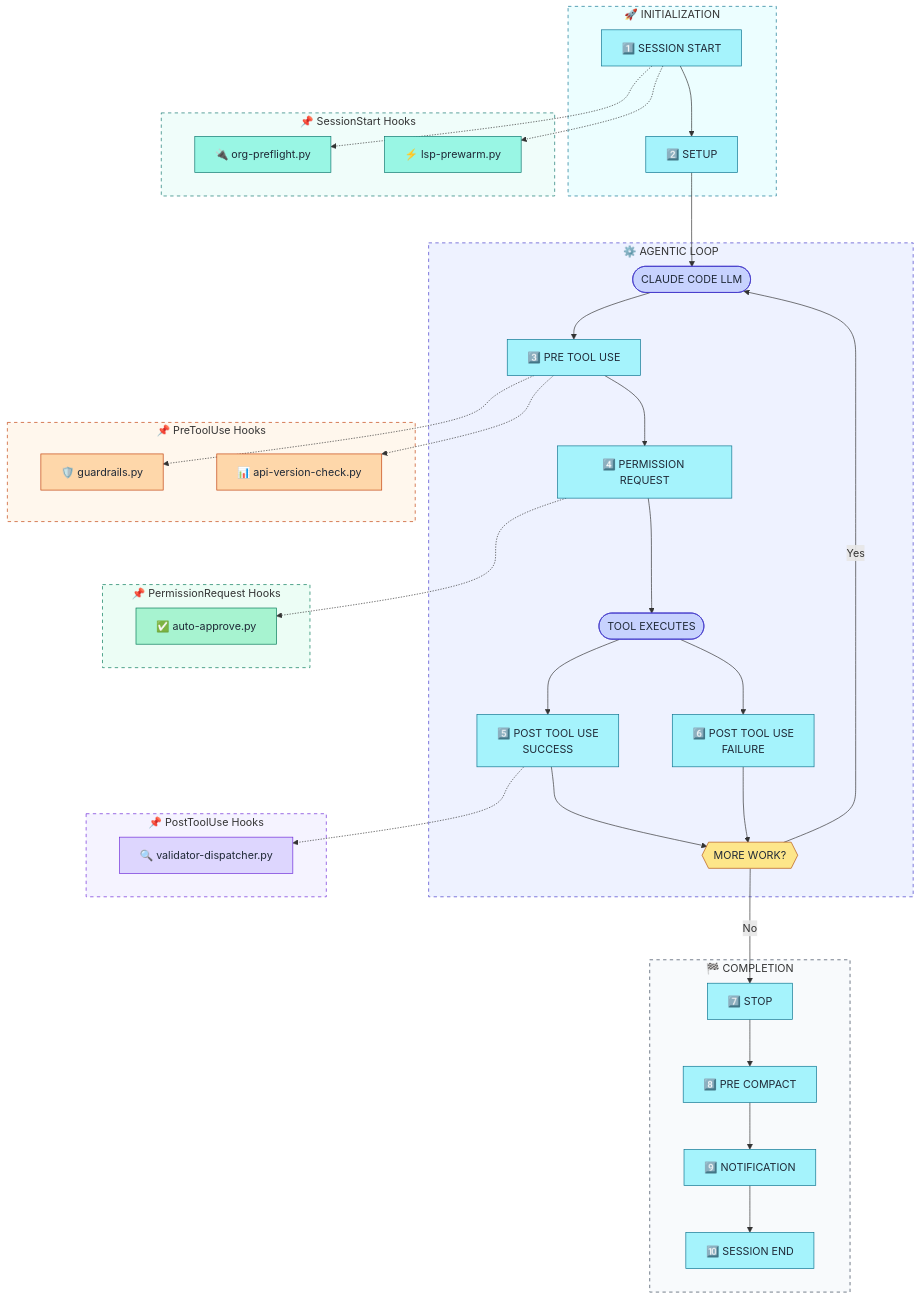
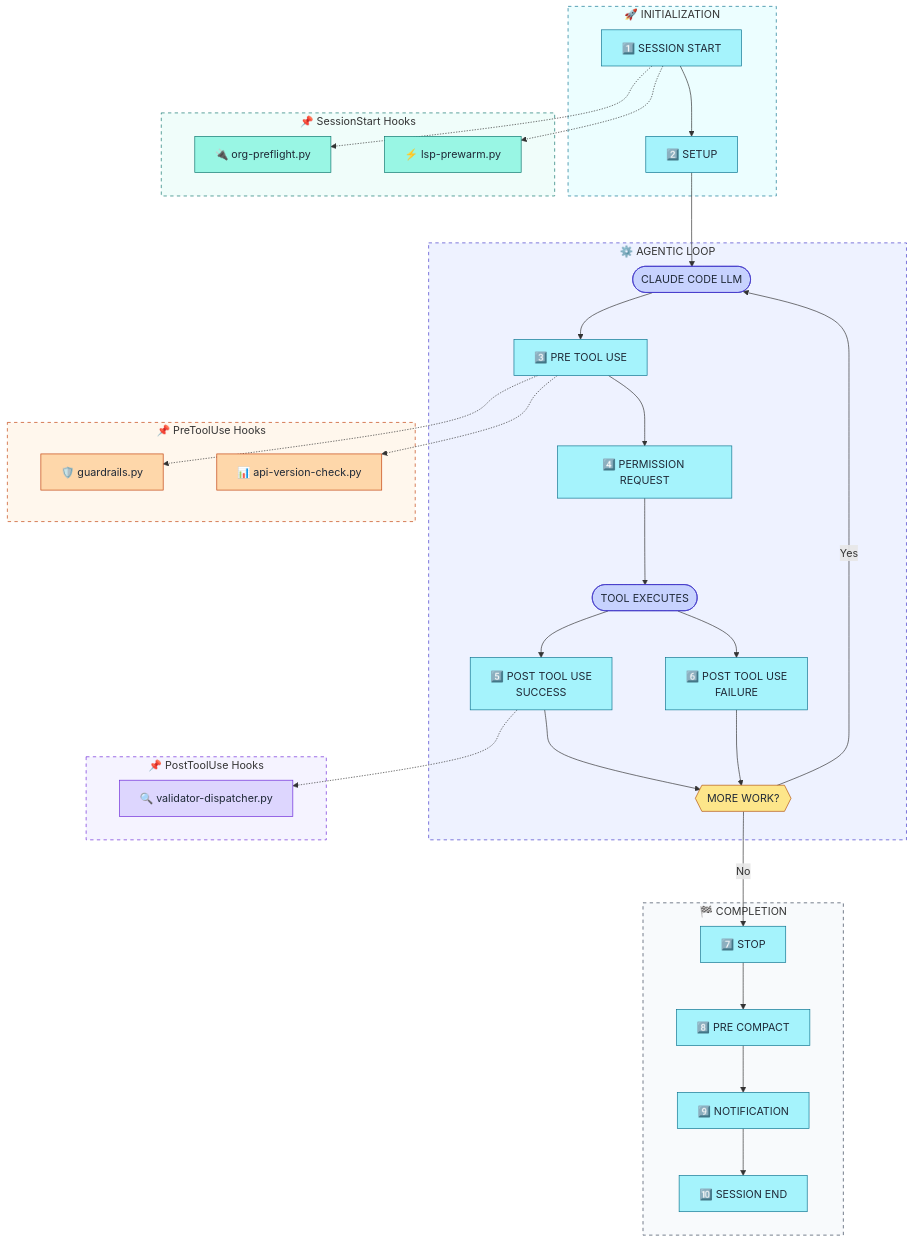
One commit to DevZonayed/nexalance-skill-jaganpro-sf-skills changed the diagram in shared/hooks/docs/hook-lifecycle-diagram.md. Above: the diagram before and after it, drawn with Mermaid. The commit also changed other lines of this file and 6 other files, not shown here.

````diff
--- a/shared/hooks/docs/hook-lifecycle-diagram.md
+++ b/shared/hooks/docs/hook-lifecycle-diagram.md
@@ -34,10 +34,6 @@
         H_API["📊 api-version-check.py"]
     end
 
-    subgraph hooks_perm["📌 PermissionRequest Hooks"]
-        H_AUTO["✅ auto-approve.py"]
-    end
-
     subgraph hooks_post["📌 PostToolUse Hooks"]
         H_VALID["🔍 validator-dispatcher.py"]
     end
@@ -64,9 +60,6 @@
     %% PreToolUse hooks
     S3 -.-> H_GUARD
     S3 -.-> H_API
-
-    %% PermissionRequest hooks
-    S4 -.-> H_AUTO
 
     %% PostToolUse hooks
     S5 -.-> H_VALID
@@ -107,9 +100,6 @@
     style H_GUARD fill:#fed7aa,stroke:#c2410c,color:#1f2937
     style H_API fill:#fed7aa,stroke:#c2410c,color:#1f2937
 
-    %% Node Styling - PermissionRequest hooks (Green-200)
-    style H_AUTO fill:#a7f3d0,stroke:#047857,color:#1f2937
-
     %% Node Styling - PostToolUse hooks (Violet-200)
     style H_VALID fill:#ddd6fe,stroke:#6d28d9,color:#1f2937
 
@@ -121,6 +111,5 @@
     %% Hook subgraph styling
     style hooks_session fill:#f0fdfa,stroke:#0f766e,stroke-dasharray:5
     style hooks_pre fill:#fff7ed,stroke:#c2410c,stroke-dasharray:5
-    style hooks_perm fill:#ecfdf5,stroke:#047857,stroke-dasharray:5
     style hooks_post fill:#f5f3ff,stroke:#6d28d9,stroke-dasharray:5
 ```
````
